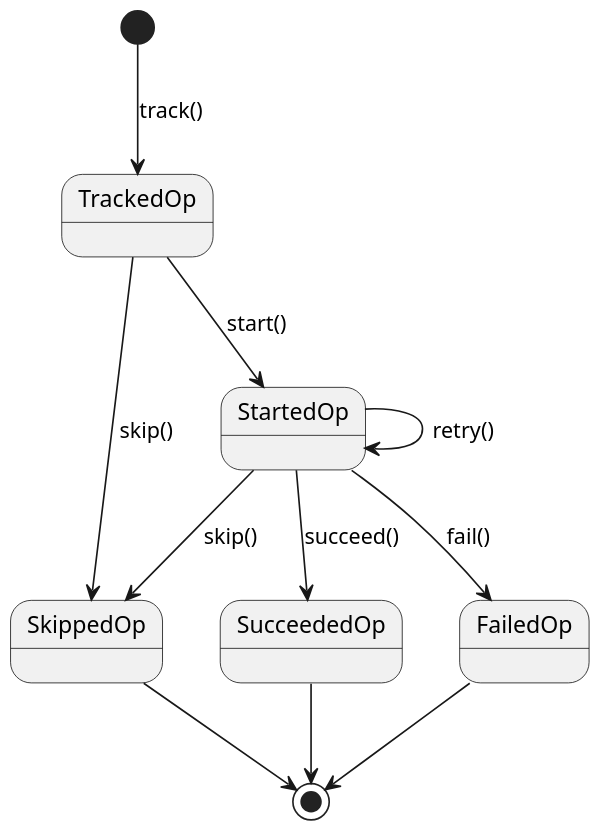
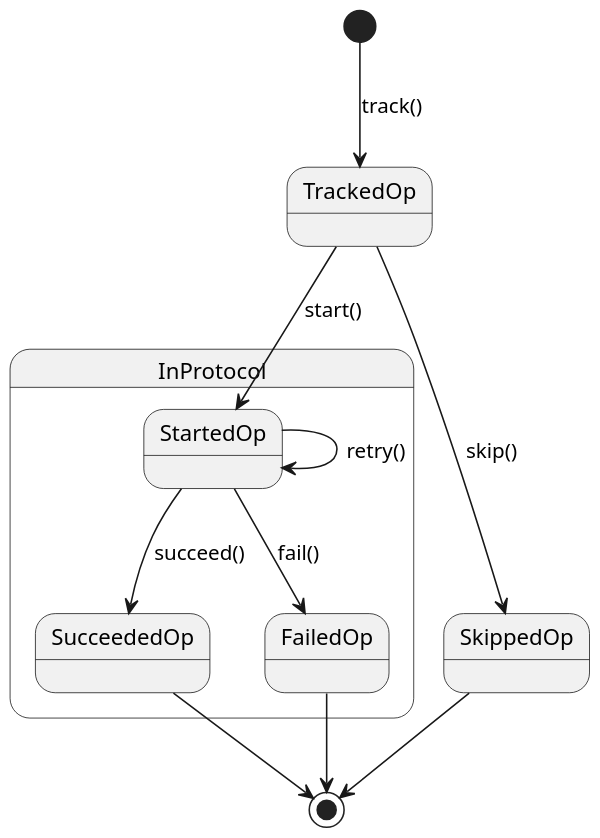
One commit to engineblock/engineblock changed the diagram in eb-api/src/main/java/io/engineblock/activityapi/core/ops/fluent/opfacets/opstate.puml. Above: the diagram before and after it, drawn with PlantUML. The commit also changed 9 other files, not shown here.

```diff
--- a/eb-api/src/main/java/io/engineblock/activityapi/core/ops/fluent/opfacets/opstate.puml
+++ b/eb-api/src/main/java/io/engineblock/activityapi/core/ops/fluent/opfacets/opstate.puml
@@ -1,16 +1,19 @@
 @startuml
 scale 600 width
 [*] --> TrackedOp : track()
-TrackedOp --> StartedOp : start()
-TrackedOp -> SkippedOp : skip()
 
-StartedOp -> StartedOp : retry()
+State InProtocol {
 
-StartedOp --> SucceededOp : succeed()
-StartedOp --> FailedOp: fail()
-StartedOp --> SkippedOp : skip()
+    TrackedOp --> StartedOp : start()
+    StartedOp -> StartedOp : retry()
+
+    StartedOp --> SucceededOp : succeed()
+    StartedOp --> FailedOp: fail()
+}
+    TrackedOp --> SkippedOp : skip()
+
 SucceededOp --> [*]
 FailedOp --> [*]
 SkippedOp --> [*]
 
 @enduml
```
